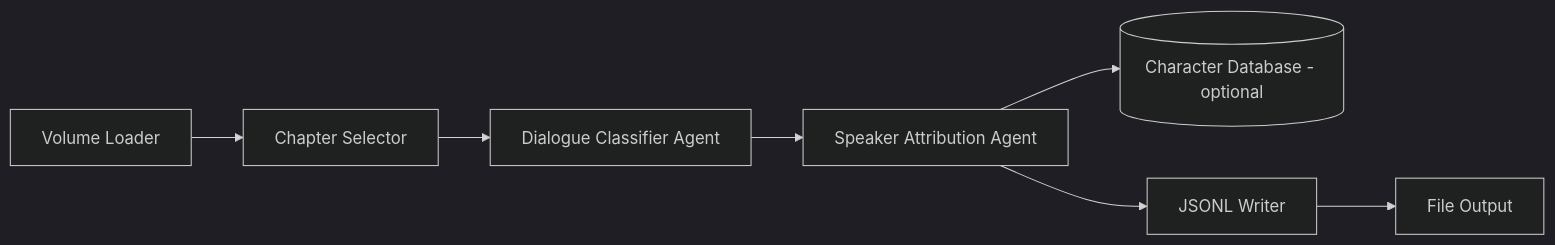
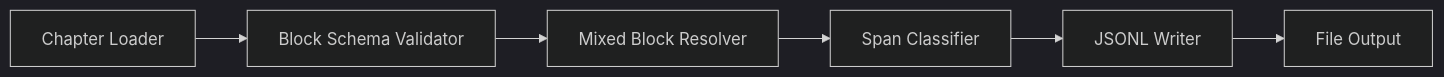
One commit to jwardwell7077/agent-audiobook-maker changed the second of 3 diagrams in docs/03-implementation/langflow/README.md. Above: the diagram before and after it, drawn with Mermaid (dark theme). The commit also changed other lines of this file and 112 other files, not shown here.

Commit message:
KISS: purge two-agent language from primary docs; update LangFlow guides; add CI + smoke tests; project templates/policy; neutralize banners/scripts. Minor lint fixes and diagram cleanups.

````diff
--- a/docs/03-implementation/langflow/README.md
+++ b/docs/03-implementation/langflow/README.md
@@ -165,9 +140,8 @@
 ```mermaid
 graph LR
-    A[Volume Loader] --> B[Chapter Selector]
-    B --> C[Dialogue Classifier Agent]
-    C --> D[Speaker Attribution Agent]
-    D --> E[(Character Database - optional)]
-    D --> F[JSONL Writer]
-    F --> G[File Output]
+    A[Chapter Loader] --> B[Block Schema Validator]
+    B --> C[Mixed Block Resolver]
+    C --> D[Span Classifier]
+    D --> E[JSONL Writer]
+    E --> F[File Output]
 ```
````
